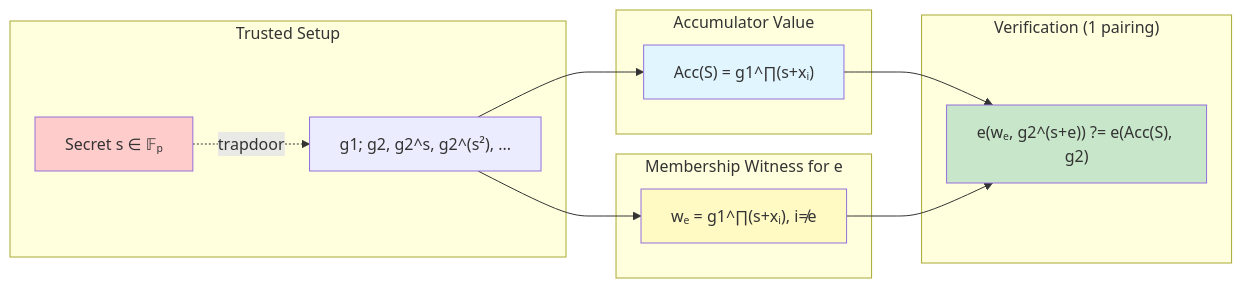
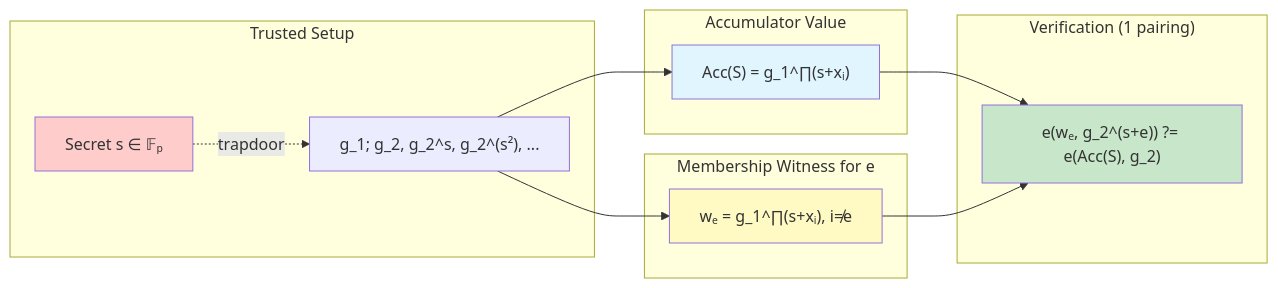
One commit to jordan-public/cryptographic-accumulators-nullifiers changed the second of 8 diagrams in README.md. Above: the diagram before and after it, drawn with Mermaid. The commit also changed other lines of this file, not shown here.

````diff
--- a/README.md
+++ b/README.md
@@ -174,30 +174,30 @@
 ```mermaid
 graph LR
     subgraph Setup["Trusted Setup"]
         S["Secret s ∈ 𝔽ₚ"]
-        G["g1; g2, g2^s, g2^(s²), ..."]
+        G["g_1; g_2, g_2^s, g_2^(s²), ..."]
     end
     
     subgraph Accumulator["Accumulator Value"]
-        ACC["Acc(S) = g1^∏(s+xᵢ)"]
+        ACC["Acc(S) = g_1^∏(s+xᵢ)"]
     end
     
     subgraph Witness["Membership Witness for e"]
-        W["wₑ = g1^∏(s+xᵢ), i≠e"]
+        W["wₑ = g_1^∏(s+xᵢ), i≠e"]
     end
     
     subgraph Verify["Verification (1 pairing)"]
-        V["e(wₑ, g2^(s+e)) ?= e(Acc(S), g2)"]
+        V["e(wₑ, g_2^(s+e)) ?= e(Acc(S), g_2)"]
     end
     
     S -.trapdoor.-> G
     G --> ACC
     G --> W
     ACC --> V
     W --> V
     
     style S fill:#ffcccc
     style ACC fill:#e1f5ff
     style W fill:#fff9c4
     style V fill:#c8e6c9
 ```
````
